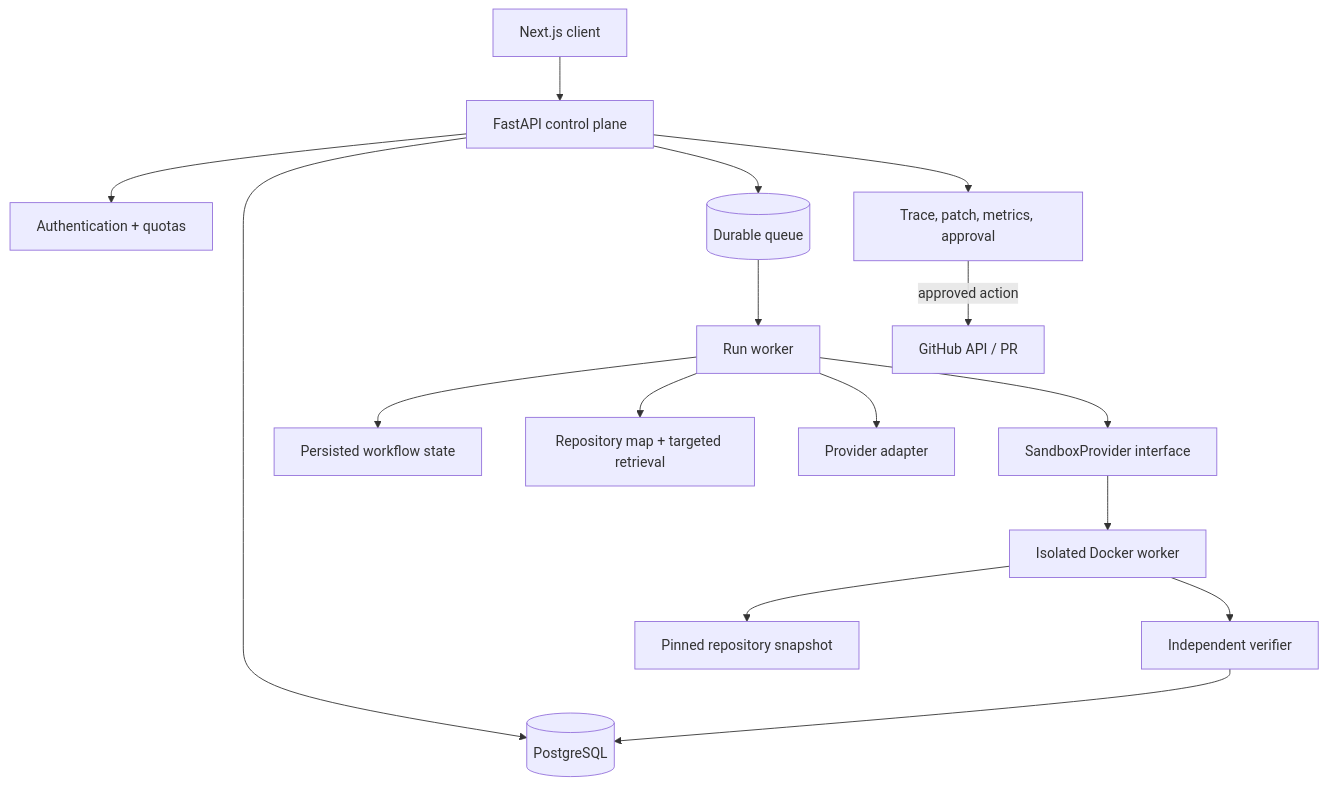
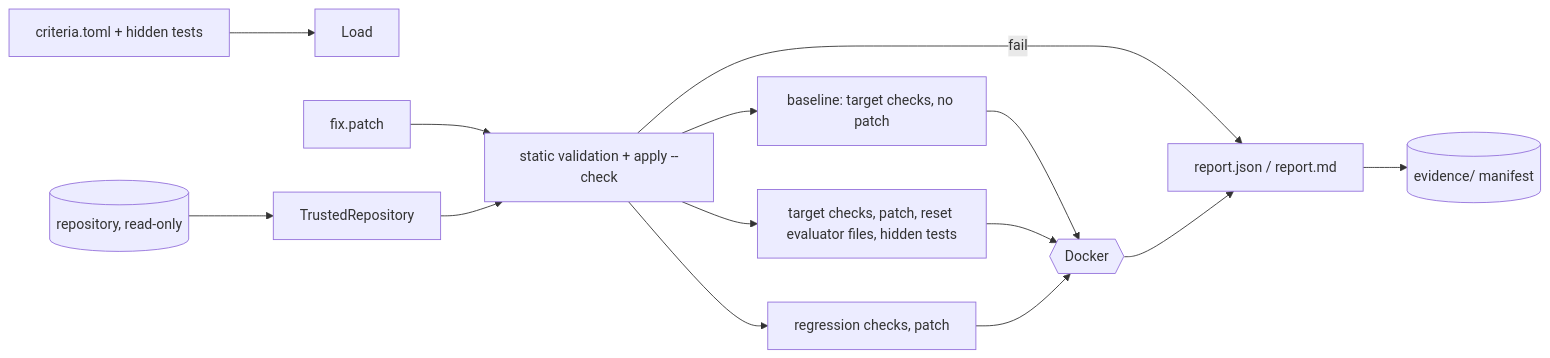
One commit to AnvitDevadiga/Tender changed the second of 2 diagrams in docs/ARCHITECTURE.md. Above: the diagram before and after it, drawn with Mermaid. The commit also changed other lines of this file and 15 other files, not shown here.

````diff
--- a/docs/ARCHITECTURE.md
+++ b/docs/ARCHITECTURE.md
@@ -32,18 +60,14 @@
 ```mermaid
-flowchart TD
-  Browser[Next.js client] --> API[FastAPI control plane]
-  API --> Auth[Authentication + quotas]
-  API --> DB[(PostgreSQL)]
-  API --> Queue[(Durable queue)]
-  Queue --> Worker[Run worker]
-  Worker --> State[Persisted workflow state]
-  Worker --> Retriever[Repository map + targeted retrieval]
-  Worker --> Model[Provider adapter]
-  Worker --> SandboxProvider[SandboxProvider interface]
-  SandboxProvider --> Docker[Isolated Docker worker]
-  Docker --> Repo[Pinned repository snapshot]
-  Docker --> Verify[Independent verifier]
-  Verify --> DB
-  API --> UI[Trace, patch, metrics, approval]
-  UI -->|approved action| GitHub[GitHub API / PR]
+flowchart LR
+  Criteria[criteria.toml + hidden tests] --> Load
+  Patch[fix.patch] --> Validate
+  Repo[(repository, read-only)] --> Snap[TrustedRepository]
+  Snap --> Validate[static validation + apply --check]
+  Validate -->|fail| Report
+  Validate --> Baseline[baseline: target checks, no patch]
+  Validate --> Target[target checks, patch, reset evaluator files, hidden tests]
+  Validate --> Regression[regression checks, patch]
+  Baseline & Target & Regression --> Box{{Docker}}
+  Box --> Report[report.json / report.md]
+  Report --> Evidence[(evidence/ manifest)]
 ```
````
